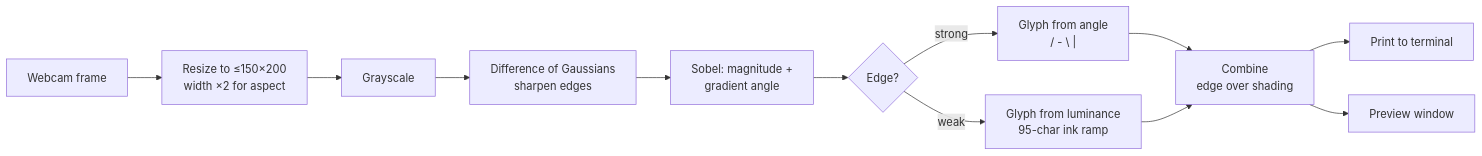
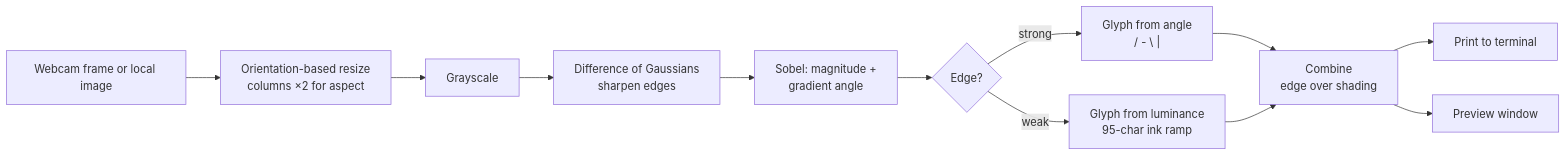
Before and after one commit to bhoot1234567890/webcam-to-ascii: the diagram in README.md, drawn with Mermaid. The commit also changed other lines of this file and 693 other files, not shown here.

````diff
--- a/README.md
+++ b/README.md
@@ -92,14 +205,14 @@
 ```mermaid
 flowchart LR
-    A[Webcam frame] --> B["Resize to ≤150×200<br/>width ×2 for aspect"]
+    A[Webcam frame or local image] --> B["Orientation-based resize<br/>columns ×2 for aspect"]
     B --> C[Grayscale]
     C --> D["Difference of Gaussians<br/>sharpen edges"]
     D --> E["Sobel: magnitude +<br/>gradient angle"]
     E --> F{Edge?}
     F -->|strong| G["Glyph from angle<br/>/ - \ |"]
     F -->|weak| H["Glyph from luminance<br/>95-char ink ramp"]
     G --> I["Combine<br/>edge over shading"]
     H --> I
     I --> J[Print to terminal]
     I --> K[Preview window]
 ```
````
